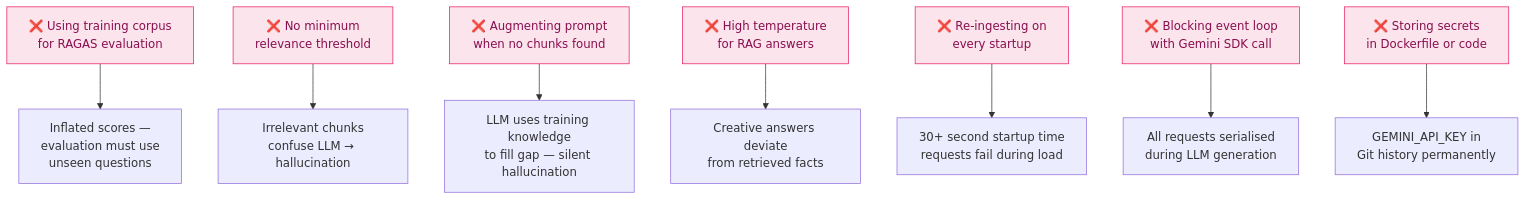
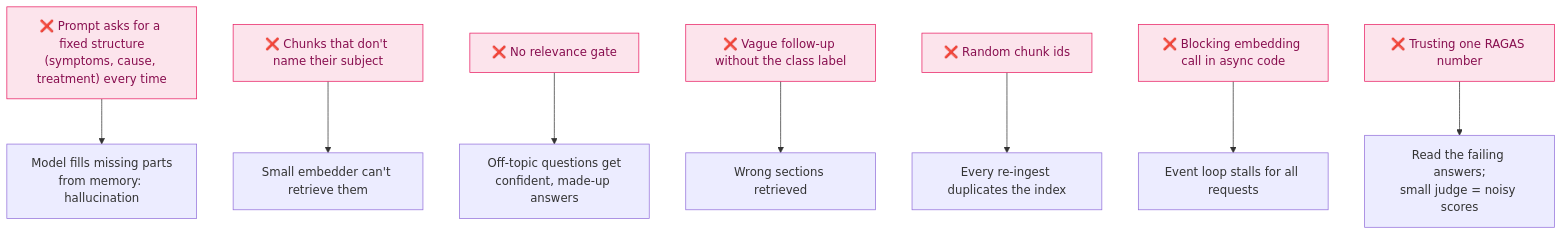
The sixth of 6 diagrams in docs/PHASE_3_RAG_PIPELINE.md (Paulmburu/ai-crop-disease-platform), drawn with Mermaid before and after one commit. The commit also changed other lines of this file and 1 other file, not shown here.

Commit message:
docs: regenerate phase 3 doc from the real rag-service code; fix roadmap RAG section

````diff
--- a/docs/PHASE_3_RAG_PIPELINE.md
+++ b/docs/PHASE_3_RAG_PIPELINE.md
@@ -2926,12 +1742,12 @@
 ```mermaid
 flowchart TD
-    M1["❌ Using training corpus\nfor RAGAS evaluation"]:::bad --> F1["Inflated scores —\nevaluation must use\nunseen questions"]
-    M2["❌ No minimum\nrelevance threshold"]:::bad --> F2["Irrelevant chunks\nconfuse LLM → hallucination"]
-    M3["❌ Augmenting prompt\nwhen no chunks found"]:::bad --> F3["LLM uses training knowledge\nto fill gap — silent hallucination"]
-    M4["❌ High temperature\nfor RAG answers"]:::bad --> F4["Creative answers deviate\nfrom retrieved facts"]
-    M5["❌ Re-ingesting on\nevery startup"]:::bad --> F5["30+ second startup time\nrequests fail during load"]
-    M6["❌ Blocking event loop\nwith Gemini SDK call"]:::bad --> F6["All requests serialised\nduring LLM generation"]
-    M7["❌ Storing secrets\nin Dockerfile or code"]:::bad --> F7["GEMINI_API_KEY in\nGit history permanently"]
+    M1["❌ Prompt asks for a fixed structure<br/>(symptoms, cause, treatment) every time"]:::bad --> F1["Model fills missing parts<br/>from memory: hallucination"]
+    M2["❌ Chunks that don't name their subject"]:::bad --> F2["Small embedder can't retrieve them"]
+    M3["❌ No relevance gate"]:::bad --> F3["Off-topic questions get<br/>confident, made-up answers"]
+    M4["❌ Vague follow-up without the class label"]:::bad --> F4["Wrong sections retrieved"]
+    M5["❌ Random chunk ids"]:::bad --> F5["Every re-ingest duplicates the index"]
+    M6["❌ Blocking embedding call in async code"]:::bad --> F6["Event loop stalls for all requests"]
+    M7["❌ Trusting one RAGAS number"]:::bad --> F7["Read the failing answers;<br/>small judge = noisy scores"]
 
     classDef bad fill:#fce4ec,stroke:#e91e63,color:#880e4f
 ```
````
